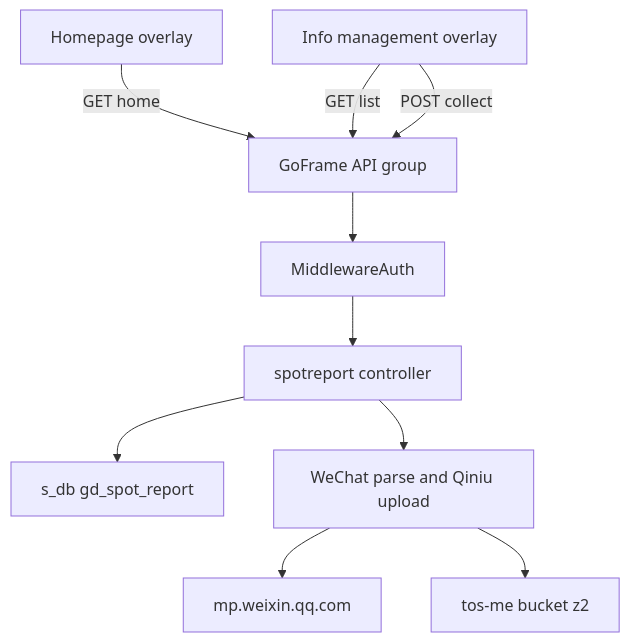
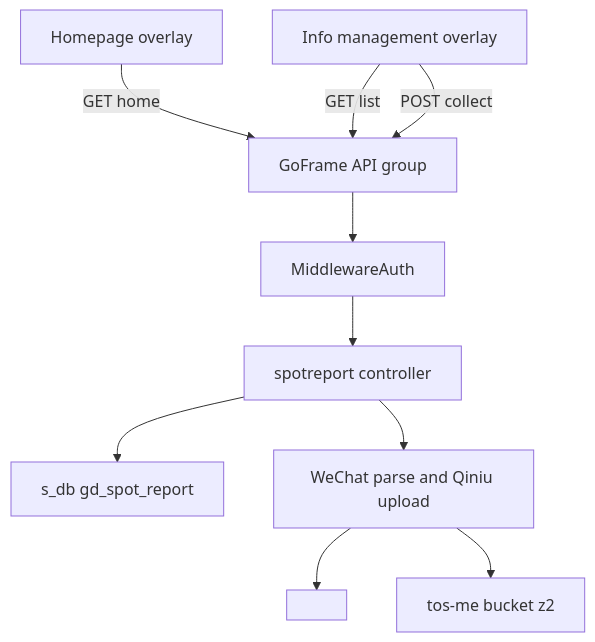
The diagram in .monkeycode/specs/2026-09-21-gd-spot-daily-report/design.md (abrance/ems), drawn with Mermaid before and after one commit. The commit also changed other lines of this file and 66 other files, not shown here.

````diff
--- a/.monkeycode/specs/2026-09-21-gd-spot-daily-report/design.md
+++ b/.monkeycode/specs/2026-09-21-gd-spot-daily-report/design.md
@@ -11,12 +11,12 @@
 ```mermaid
 graph TD
     Home["Homepage overlay"] -->|"GET home"| API["GoFrame API group"]
     Admin["Info management overlay"] -->|"GET list"| API
     Admin -->|"POST collect"| API
     API --> Auth["MiddlewareAuth"]
     Auth --> Ctrl["spotreport controller"]
     Ctrl --> DB["s_db gd_spot_report"]
     Ctrl --> Collect["WeChat parse and Qiniu upload"]
-    Collect --> Wx["mp.weixin.qq.com"]
+    Collect --> Wx["<wechat-host>"]
     Collect --> Qiniu["tos-me bucket z2"]
 ```
````
